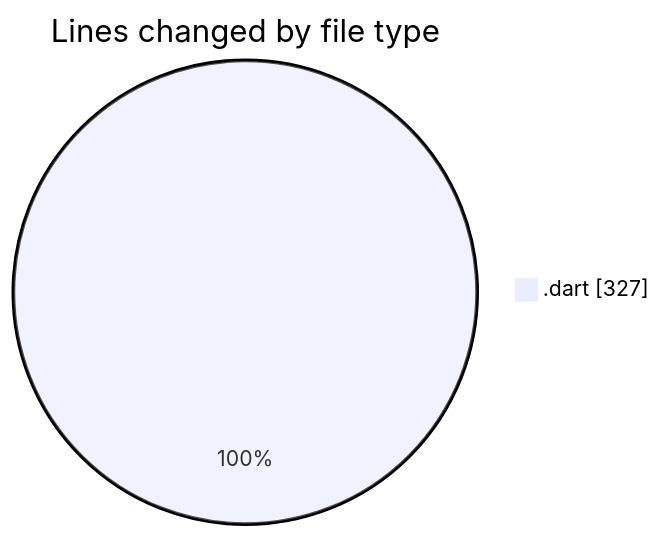
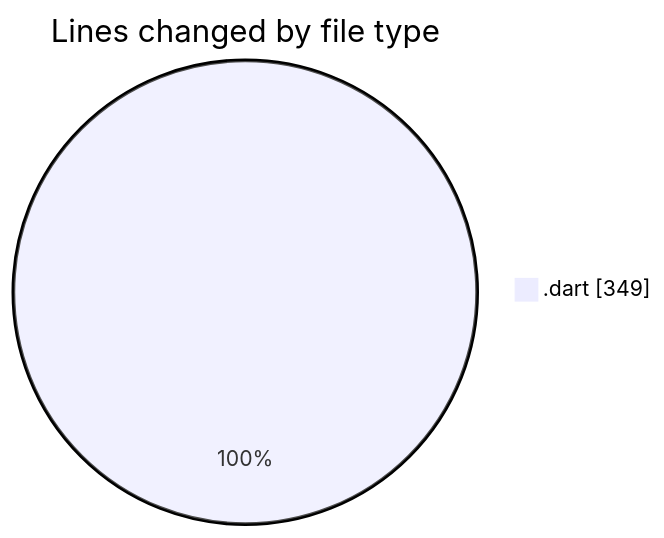
The first of 2 diagrams in 2025-03-23/wordle/README.md (donsfak/code-tracking), drawn with Mermaid before and after one commit. The commit also changed other lines of this file and 1 other file, not shown here.

````diff
--- a/2025-03-23/wordle/README.md
+++ b/2025-03-23/wordle/README.md
@@ -24,5 +24,5 @@
 ```mermaid
 pie showData
 title Lines changed by file type
-".dart" : 327
+".dart" : 349
 ```
````
